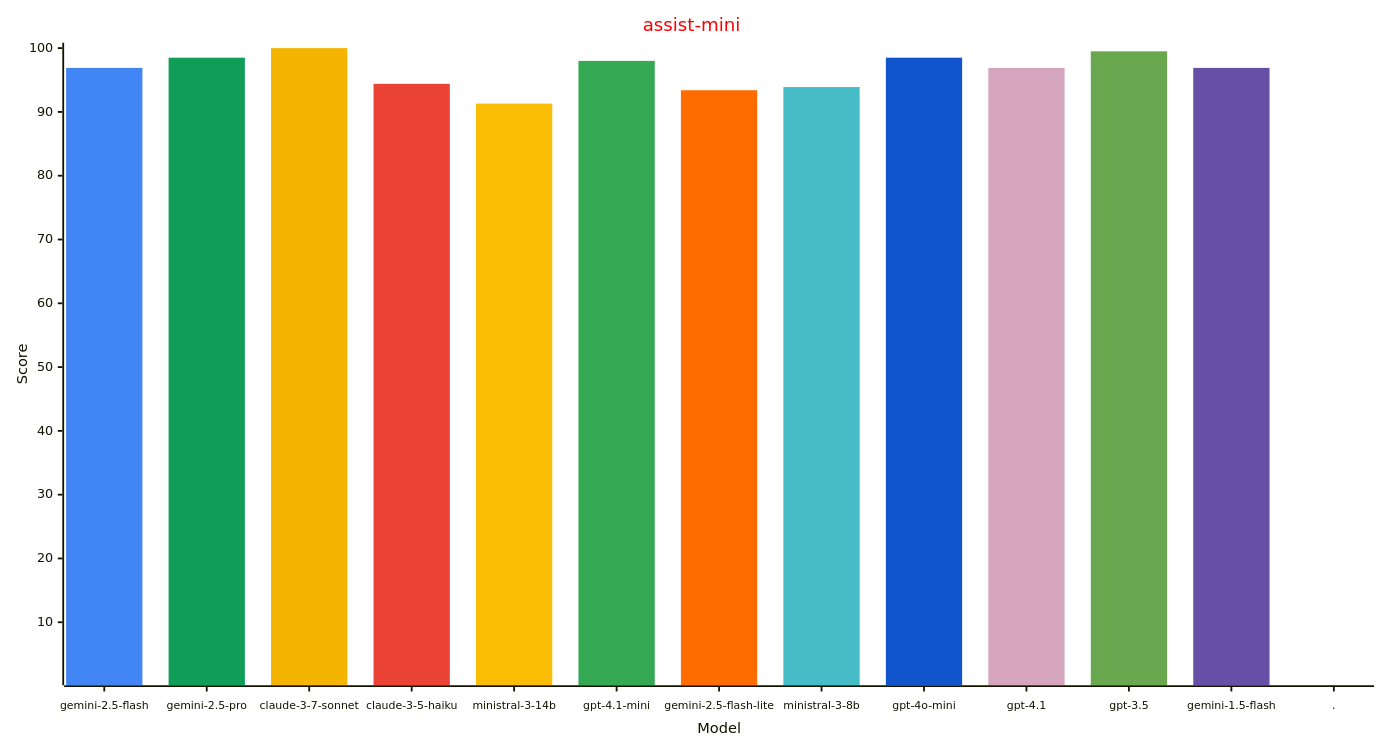
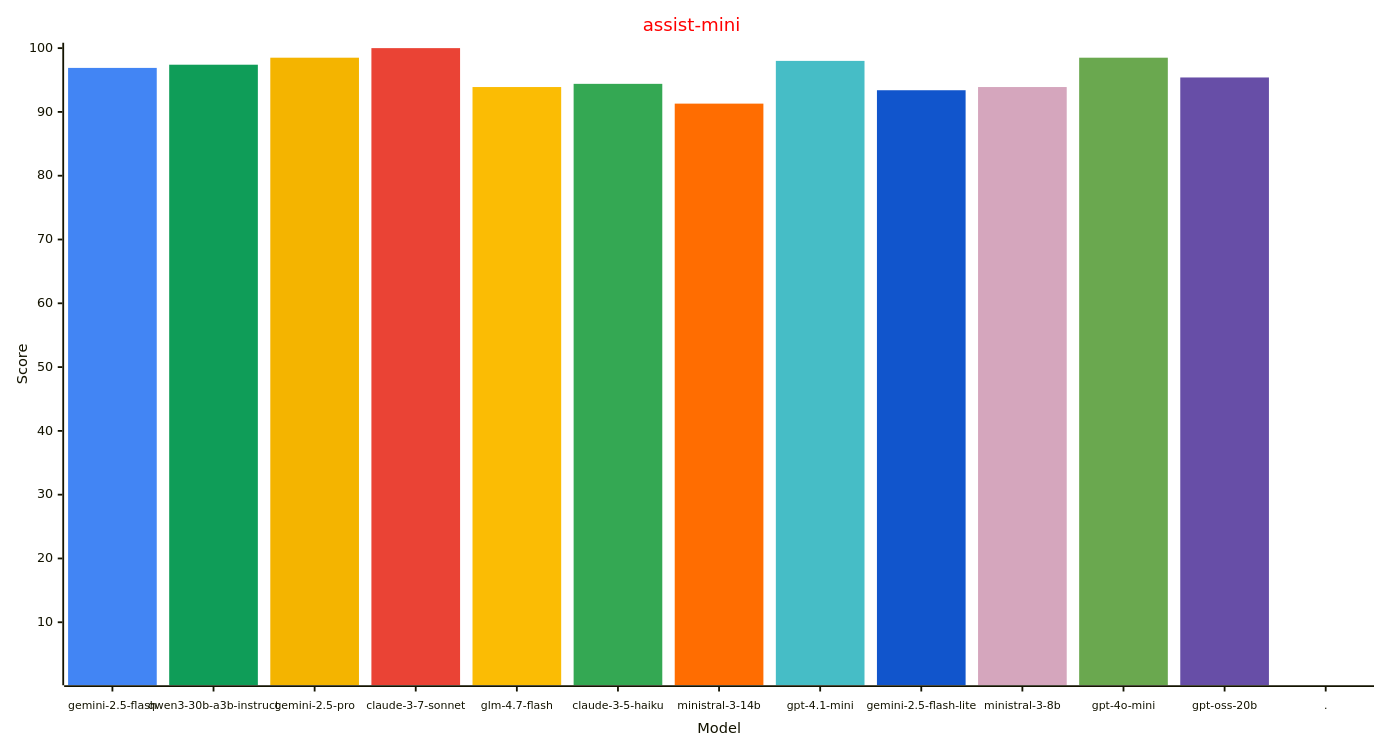
Before and after one commit to allenporter/home-assistant-datasets: the second of 4 diagrams in reports/README.md, drawn with Mermaid. The commit also changed other lines of this file and 8450 other files, not shown here.

````diff
--- a/reports/README.md
+++ b/reports/README.md
@@ -125,34 +112,33 @@
 ```mermaid
 ---
 config:
     xyChart:
         width: 1500
         height: 800
         xAxis:
           labelFontSize: 12
           labelPadding: 8
     themeVariables:
         xyChart:
             titleColor: "#ff0000"
             plotColorPalette: "#4285f4, #0f9d58, #f4b400, #ea4335, #fbbc04, #34a853, #ff6d01, #46bdc6, #1155cc, #d5a6bd, #6aa84f, #674ea7, #4285f4"
 
-
 ---
 xychart-beta
   title "assist-mini"
-  x-axis "Model" [gemini-2.5-flash, gemini-2.5-pro, claude-3-7-sonnet, claude-3-5-haiku, ministral-3-14b, gpt-4.1-mini, gemini-2.5-flash-lite, ministral-3-8b, gpt-4o-mini, gpt-4.1, gpt-3.5, gemini-1.5-flash, .]
+  x-axis "Model" [gemini-2.5-flash, qwen3-30b-a3b-instruct, gemini-2.5-pro, claude-3-7-sonnet, glm-4.7-flash, claude-3-5-haiku, ministral-3-14b, gpt-4.1-mini, gemini-2.5-flash-lite, ministral-3-8b, gpt-4o-mini, gpt-oss-20b, .]
   y-axis "Score" 1 --> 100
   bar [96.9, 0.0, 0.0, 0.0, 0.0, 0.0, 0.0, 0.0, 0.0, 0.0, 0.0, 0.0, 0.0]
-  bar [0.0, 98.5, 0.0, 0.0, 0.0, 0.0, 0.0, 0.0, 0.0, 0.0, 0.0, 0.0, 0.0]
-  bar [0.0, 0.0, 100.0, 0.0, 0.0, 0.0, 0.0, 0.0, 0.0, 0.0, 0.0, 0.0, 0.0]
-  bar [0.0, 0.0, 0.0, 94.4, 0.0, 0.0, 0.0, 0.0, 0.0, 0.0, 0.0, 0.0, 0.0]
-  bar [0.0, 0.0, 0.0, 0.0, 91.3, 0.0, 0.0, 0.0, 0.0, 0.0, 0.0, 0.0, 0.0]
-  bar [0.0, 0.0, 0.0, 0.0, 0.0, 98.0, 0.0, 0.0, 0.0, 0.0, 0.0, 0.0, 0.0]
-  bar [0.0, 0.0, 0.0, 0.0, 0.0, 0.0, 93.4, 0.0, 0.0, 0.0, 0.0, 0.0, 0.0]
-  bar [0.0, 0.0, 0.0, 0.0, 0.0, 0.0, 0.0, 93.9, 0.0, 0.0, 0.0, 0.0, 0.0]
-  bar [0.0, 0.0, 0.0, 0.0, 0.0, 0.0, 0.0, 0.0, 98.5, 0.0, 0.0, 0.0, 0.0]
-  bar [0.0, 0.0, 0.0, 0.0, 0.0, 0.0, 0.0, 0.0, 0.0, 96.9, 0.0, 0.0, 0.0]
-  bar [0.0, 0.0, 0.0, 0.0, 0.0, 0.0, 0.0, 0.0, 0.0, 0.0, 99.5, 0.0, 0.0]
-  bar [0.0, 0.0, 0.0, 0.0, 0.0, 0.0, 0.0, 0.0, 0.0, 0.0, 0.0, 96.9, 0.0]
+  bar [0.0, 97.4, 0.0, 0.0, 0.0, 0.0, 0.0, 0.0, 0.0, 0.0, 0.0, 0.0, 0.0]
+  bar [0.0, 0.0, 98.5, 0.0, 0.0, 0.0, 0.0, 0.0, 0.0, 0.0, 0.0, 0.0, 0.0]
+  bar [0.0, 0.0, 0.0, 100.0, 0.0, 0.0, 0.0, 0.0, 0.0, 0.0, 0.0, 0.0, 0.0]
+  bar [0.0, 0.0, 0.0, 0.0, 93.9, 0.0, 0.0, 0.0, 0.0, 0.0, 0.0, 0.0, 0.0]
+  bar [0.0, 0.0, 0.0, 0.0, 0.0, 94.4, 0.0, 0.0, 0.0, 0.0, 0.0, 0.0, 0.0]
+  bar [0.0, 0.0, 0.0, 0.0, 0.0, 0.0, 91.3, 0.0, 0.0, 0.0, 0.0, 0.0, 0.0]
+  bar [0.0, 0.0, 0.0, 0.0, 0.0, 0.0, 0.0, 98.0, 0.0, 0.0, 0.0, 0.0, 0.0]
+  bar [0.0, 0.0, 0.0, 0.0, 0.0, 0.0, 0.0, 0.0, 93.4, 0.0, 0.0, 0.0, 0.0]
+  bar [0.0, 0.0, 0.0, 0.0, 0.0, 0.0, 0.0, 0.0, 0.0, 93.9, 0.0, 0.0, 0.0]
+  bar [0.0, 0.0, 0.0, 0.0, 0.0, 0.0, 0.0, 0.0, 0.0, 0.0, 98.5, 0.0, 0.0]
+  bar [0.0, 0.0, 0.0, 0.0, 0.0, 0.0, 0.0, 0.0, 0.0, 0.0, 0.0, 95.4, 0.0]
   bar [0.0, 0.0, 0.0, 0.0, 0.0, 0.0, 0.0, 0.0, 0.0, 0.0, 0.0, 0.0, -1.0]
 ```
````
